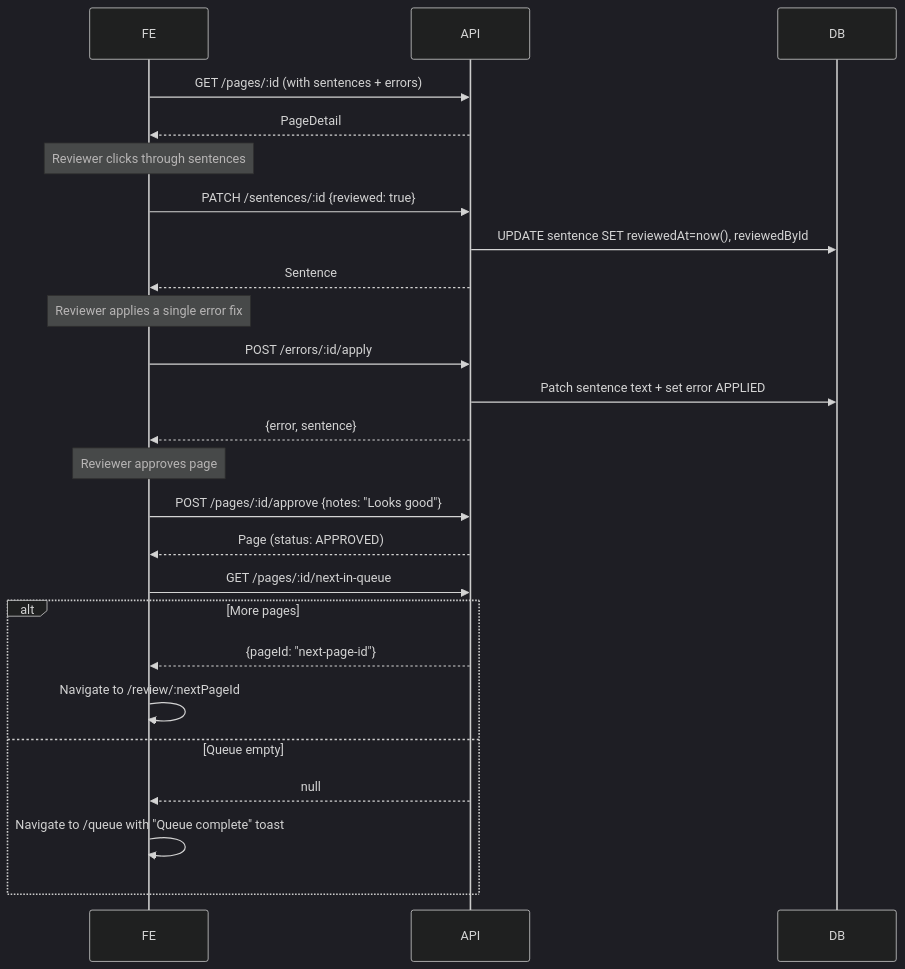
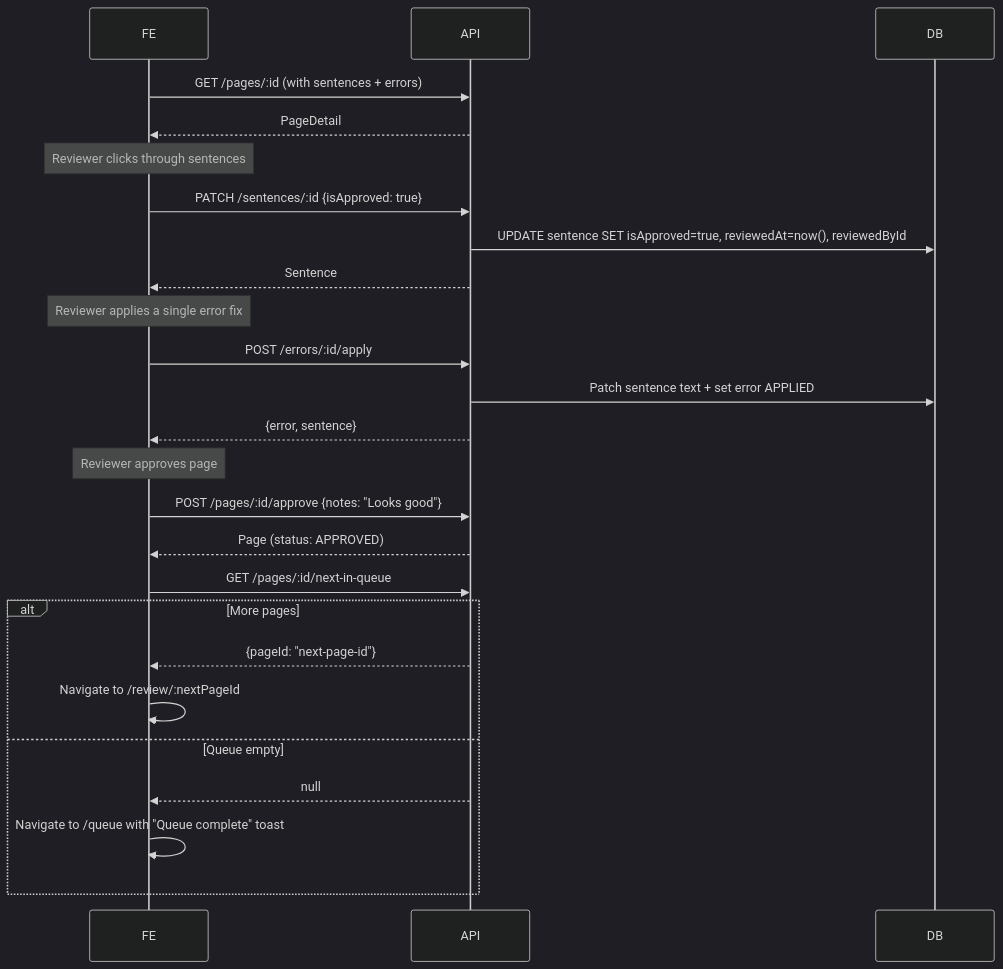
Diagram 28 of 32 in .spec/08-sequences.md (ArulRozario/tAi), drawn with Mermaid (dark theme) before and after one commit. The commit also changed other lines of this file and 195 other files, not shown here.

````diff
--- a/.spec/08-sequences.md
+++ b/.spec/08-sequences.md
@@ -664,34 +709,34 @@
 ```mermaid
 sequenceDiagram
     participant FE
     participant API
     participant DB
 
     FE->>API: GET /pages/:id (with sentences + errors)
     API-->>FE: PageDetail
 
     Note over FE: Reviewer clicks through sentences
 
-    FE->>API: PATCH /sentences/:id {reviewed: true}
-    API->>DB: UPDATE sentence SET reviewedAt=now(), reviewedById
+    FE->>API: PATCH /sentences/:id {isApproved: true}
+    API->>DB: UPDATE sentence SET isApproved=true, reviewedAt=now(), reviewedById
     API-->>FE: Sentence
 
     Note over FE: Reviewer applies a single error fix
     FE->>API: POST /errors/:id/apply
     API->>DB: Patch sentence text + set error APPLIED
     API-->>FE: {error, sentence}
 
     Note over FE: Reviewer approves page
 
     FE->>API: POST /pages/:id/approve {notes: "Looks good"}
     API-->>FE: Page (status: APPROVED)
 
     FE->>API: GET /pages/:id/next-in-queue
     alt More pages
         API-->>FE: {pageId: "next-page-id"}
         FE->>FE: Navigate to /review/:nextPageId
     else Queue empty
         API-->>FE: null
         FE->>FE: Navigate to /queue with "Queue complete" toast
     end
 ```
````
